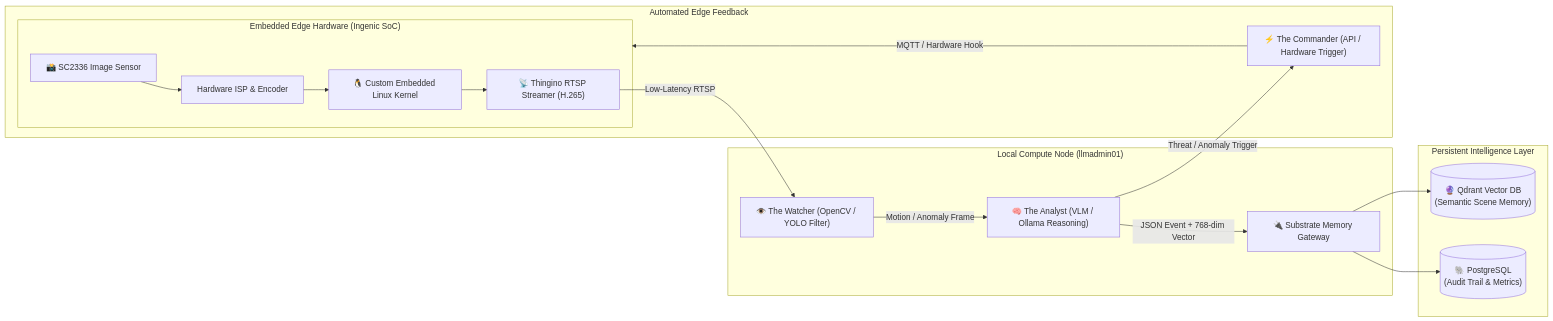
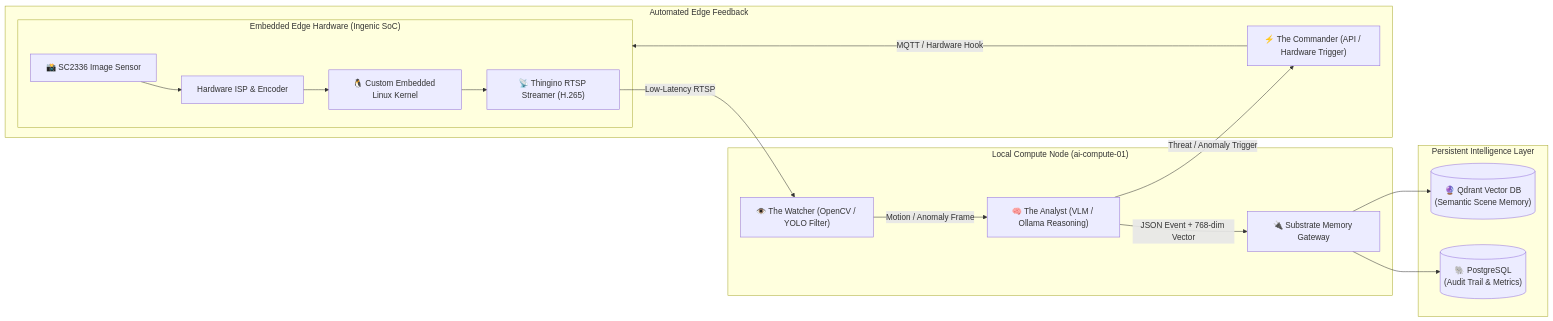
One commit to rpdev-cdn/iamrp.dev changed the diagram in content/Projects/Hardware-Security/Embedded_Linux_Camera_Firmware.md. Above: the diagram before and after it, drawn with Mermaid. The commit also changed other lines of this file and 220 other files, not shown here.

````diff
--- a/content/Projects/Hardware-Security/Embedded_Linux_Camera_Firmware.md
+++ b/content/Projects/Hardware-Security/Embedded_Linux_Camera_Firmware.md
@@ -26,24 +26,24 @@
 ```mermaid
 flowchart LR
     subgraph Silicon["Embedded Edge Hardware (Ingenic SoC)"]
         Sensor["📸 SC2336 Image Sensor"] --> ISP["Hardware ISP & Encoder"]
         ISP --> Kernel["🐧 Custom Embedded Linux Kernel"]
         Kernel --> Streamer["📡 Thingino RTSP Streamer (H.265)"]
     end
 
-    subgraph EdgeCompute["Local Compute Node (llmadmin01)"]
+    subgraph EdgeCompute["Local Compute Node (ai-compute-01)"]
         Streamer -->|"Low-Latency RTSP"| Watcher["👁️ The Watcher (OpenCV / YOLO Filter)"]
         Watcher -->|"Motion / Anomaly Frame"| Analyst["🧠 The Analyst (VLM / Ollama Reasoning)"]
         Analyst -->|"JSON Event + 768-dim Vector"| Substrate["🔌 Substrate Memory Gateway"]
     end
 
     subgraph Datastores["Persistent Intelligence Layer"]
         Substrate --> Qdrant[("🔮 Qdrant Vector DB\n(Semantic Scene Memory)")]
         Substrate --> Postgres[("🐘 PostgreSQL\n(Audit Trail & Metrics)")]
     end
 
     subgraph Automation["Automated Edge Feedback"]
         Analyst -->|"Threat / Anomaly Trigger"| Commander["⚡ The Commander (API / Hardware Trigger)"]
         Commander -->|"MQTT / Hardware Hook"| Silicon
     end
 ```
````
